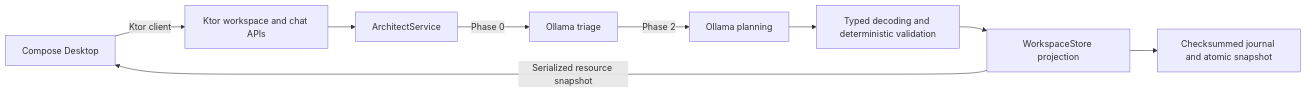
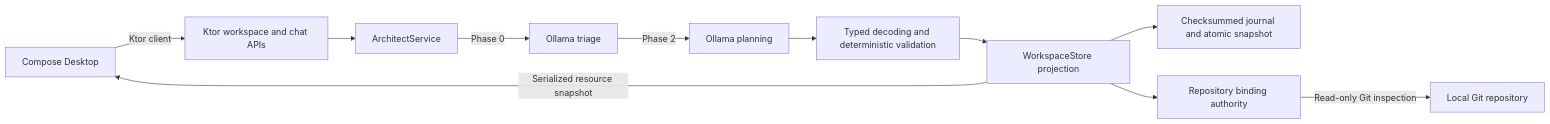
One commit to alchevrier/orchard changed the diagram in README.md. Above: the diagram before and after it, drawn with Mermaid. The commit also changed other lines of this file and 9 other files, not shown here.

````diff
--- a/README.md
+++ b/README.md
@@ -60,11 +84,13 @@
 ```mermaid
 flowchart LR
     UI[Compose Desktop] -->|Ktor client| API[Ktor workspace and chat APIs]
     API --> AS[ArchitectService]
     AS -->|Phase 0| TR[Ollama triage]
     TR -->|Phase 2| PL[Ollama planning]
     PL --> VA[Typed decoding and deterministic validation]
     VA --> WS[WorkspaceStore projection]
     WS --> FS[Checksummed journal and atomic snapshot]
+    WS --> RB[Repository binding authority]
+    RB -->|Read-only Git inspection| GR[Local Git repository]
     WS -->|Serialized resource snapshot| UI
 ```
````
